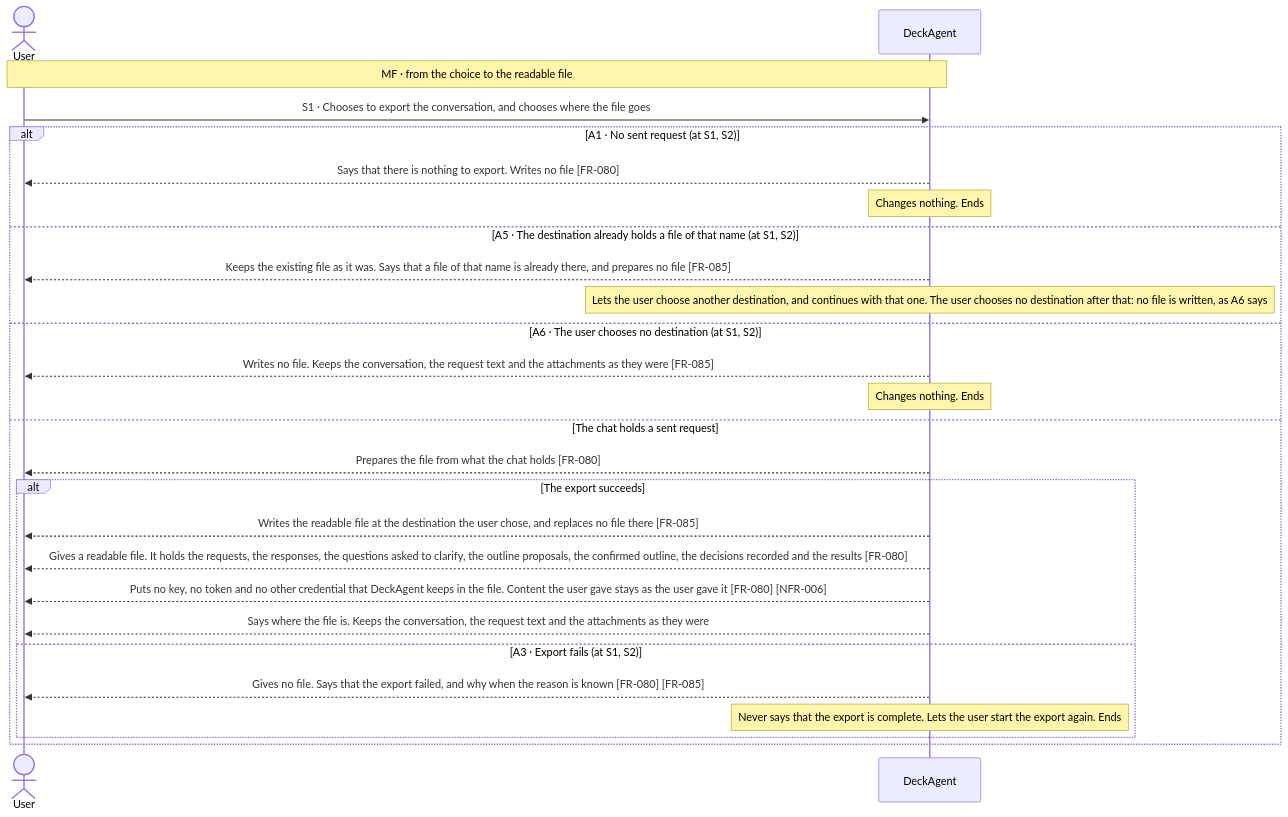
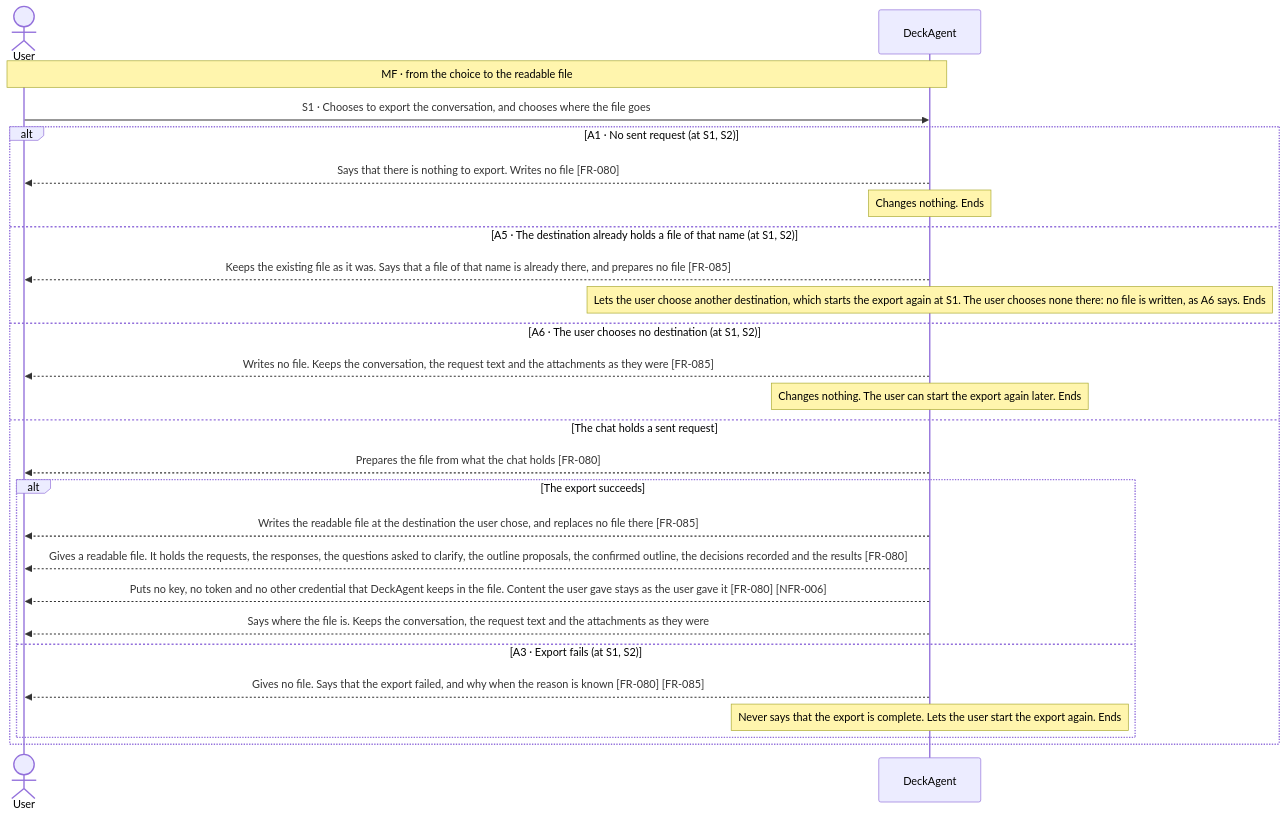
One commit to Luke23127006/DeckAgent changed the first of 2 diagrams in docs/spec/03-use-cases/UC-016.md. Above: the diagram before and after it, drawn with Mermaid. The commit also changed other lines of this file and 5 other files, not shown here.

````diff
--- a/docs/spec/03-use-cases/UC-016.md
+++ b/docs/spec/03-use-cases/UC-016.md
@@ -41,28 +41,28 @@
 ```mermaid
 sequenceDiagram
     actor User
     participant DeckAgent
     Note over User,DeckAgent: MF · from the choice to the readable file
     User->>DeckAgent: S1 · Chooses to export the conversation, and chooses where the file goes
     alt A1 · No sent request (at S1, S2)
         DeckAgent-->>User: Says that there is nothing to export. Writes no file [FR-080]
         note over DeckAgent: Changes nothing. Ends
     else A5 · The destination already holds a file of that name (at S1, S2)
         DeckAgent-->>User: Keeps the existing file as it was. Says that a file of that name is already there, and prepares no file [FR-085]
-        note over DeckAgent: Lets the user choose another destination, and continues with that one. The user chooses no destination after that: no file is written, as A6 says
+        note over DeckAgent: Lets the user choose another destination, which starts the export again at S1. The user chooses none there: no file is written, as A6 says. Ends
     else A6 · The user chooses no destination (at S1, S2)
         DeckAgent-->>User: Writes no file. Keeps the conversation, the request text and the attachments as they were [FR-085]
-        note over DeckAgent: Changes nothing. Ends
+        note over DeckAgent: Changes nothing. The user can start the export again later. Ends
     else The chat holds a sent request
         DeckAgent-->>User: Prepares the file from what the chat holds [FR-080]
         alt The export succeeds
             DeckAgent-->>User: Writes the readable file at the destination the user chose, and replaces no file there [FR-085]
             DeckAgent-->>User: Gives a readable file. It holds the requests, the responses, the questions asked to clarify, the outline proposals, the confirmed outline, the decisions recorded and the results [FR-080]
             DeckAgent-->>User: Puts no key, no token and no other credential that DeckAgent keeps in the file. Content the user gave stays as the user gave it [FR-080] [NFR-006]
             DeckAgent-->>User: Says where the file is. Keeps the conversation, the request text and the attachments as they were
         else A3 · Export fails (at S1, S2)
             DeckAgent-->>User: Gives no file. Says that the export failed, and why when the reason is known [FR-080] [FR-085]
             note over DeckAgent: Never says that the export is complete. Lets the user start the export again. Ends
         end
     end
 ```
````
